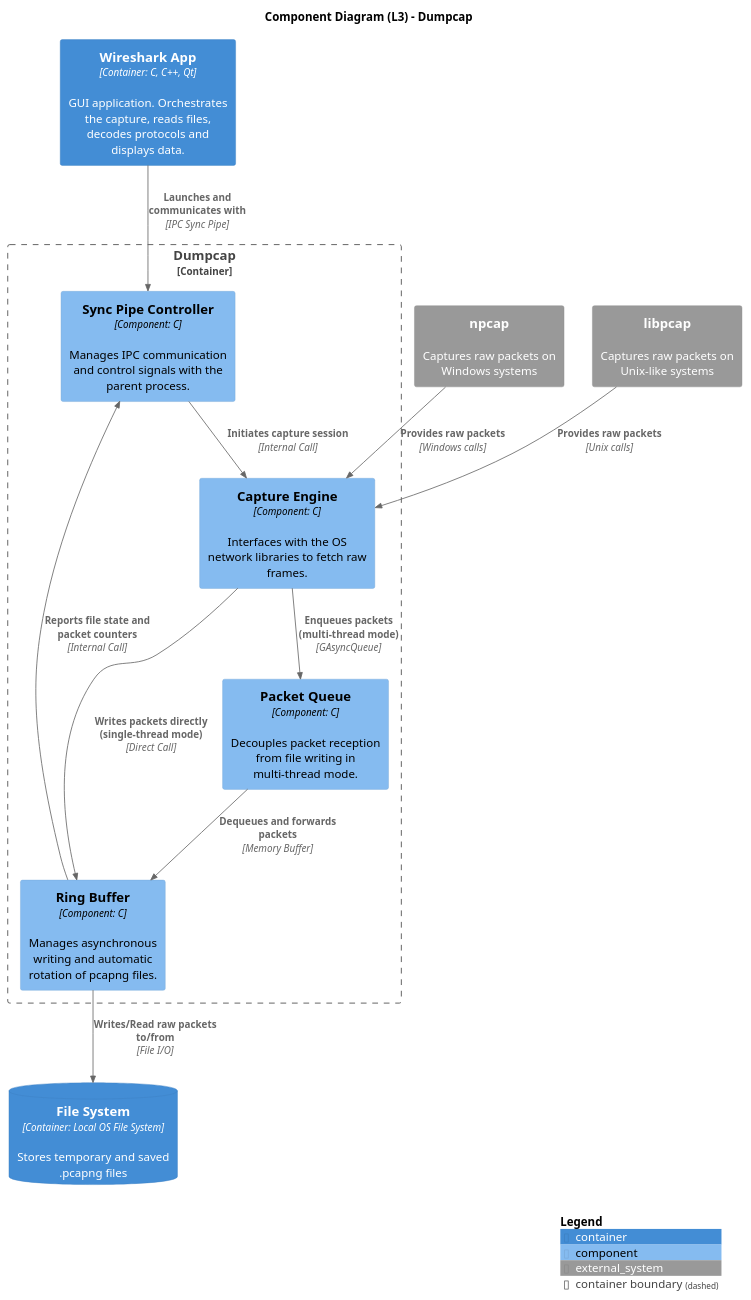
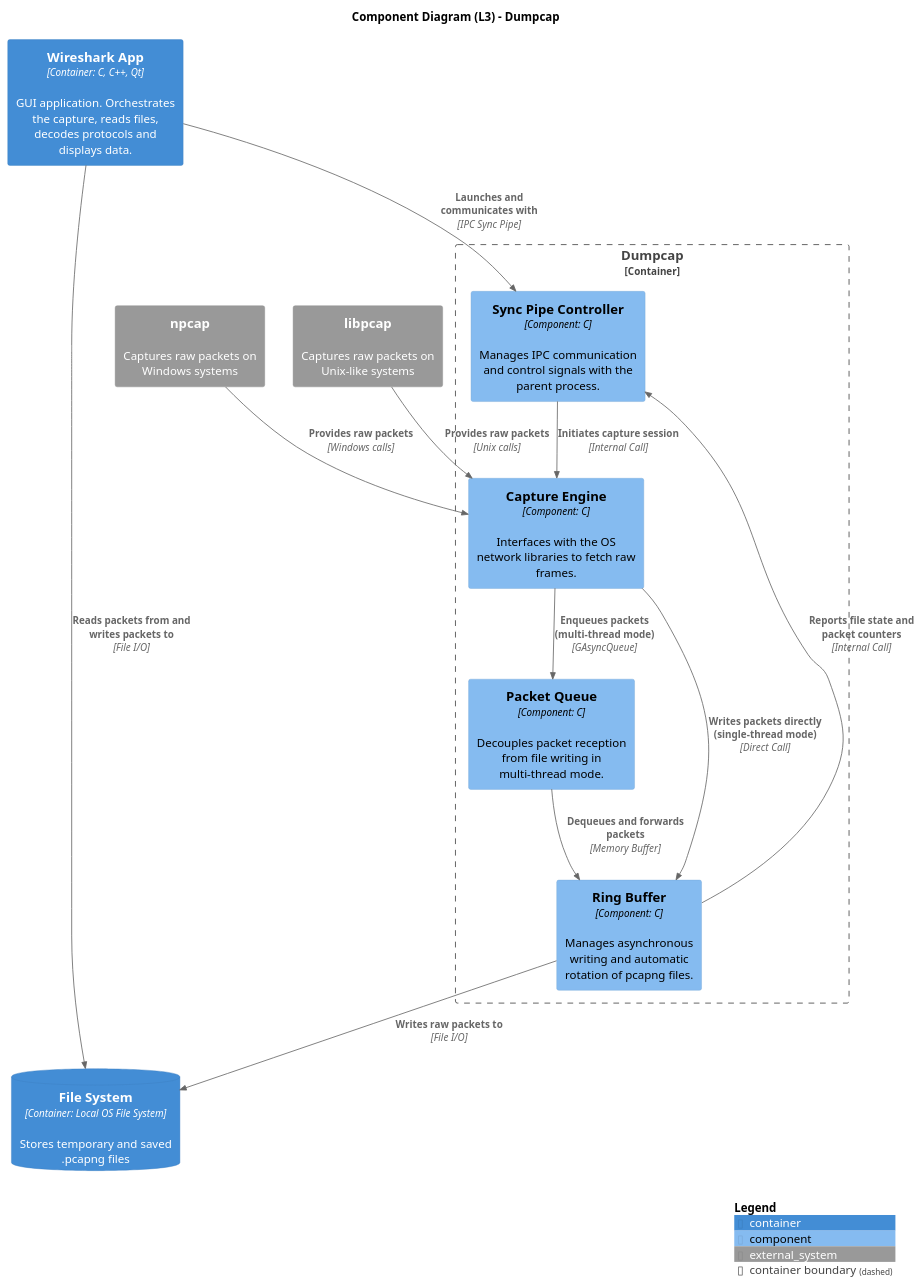
One commit to SDA-Team05/project-team05 changed the diagram in reports/architecture-diagrams/code/dumpcap_component_diagram.puml. Above: the diagram before and after it, drawn with PlantUML. The commit also changed 5 other files, not shown here.

Commit message:
updated Architecture report and diagrams

```diff
--- a/reports/architecture-diagrams/code/dumpcap_component_diagram.puml
+++ b/reports/architecture-diagrams/code/dumpcap_component_diagram.puml
@@ -1,33 +1,34 @@
 @startuml C4_Elements_L3
 !include https://raw.githubusercontent.com/plantuml-stdlib/C4-PlantUML/master/C4_Component.puml
 
 title Component Diagram (L3) - Dumpcap
 
 Container(wireshark, "Wireshark App", "Container: C, C++, Qt", "GUI application. Orchestrates the capture, reads files, decodes protocols and displays data.")
 ContainerDb(filesystem, "File System", "Container: Local OS File System", "Stores temporary and saved .pcapng files")
 System_Ext(npcap, "npcap", "Captures raw packets on Windows systems")
 System_Ext(libpcap, "libpcap", "Captures raw packets on Unix-like systems")
 
 Container_Boundary(dumpcap_res, "Dumpcap") {
 
     Component(sync_pipe, "Sync Pipe Controller", "Component: C", "Manages IPC communication and control signals with the parent process.")
 
     Component(cap_eng, "Capture Engine", "Component: C", "Interfaces with the OS network libraries to fetch raw frames.")
 
     Component(packet_queue, "Packet Queue", "Component: C", "Decouples packet reception from file writing in multi-thread mode.")
 
     Component(file_writer, "Ring Buffer", "Component: C", "Manages asynchronous writing and automatic rotation of pcapng files.")
 }
 
 Rel(wireshark, sync_pipe, "Launches and communicates with", "IPC Sync Pipe")
 Rel(sync_pipe, cap_eng, "Initiates capture session", "Internal Call")
 Rel(npcap, cap_eng, "Provides raw packets", "Windows calls")
 Rel(libpcap, cap_eng, "Provides raw packets", "Unix calls")
 Rel(cap_eng, packet_queue, "Enqueues packets (multi-thread mode)", "GAsyncQueue")
 Rel(packet_queue, file_writer, "Dequeues and forwards packets", "Memory Buffer")
 Rel(cap_eng, file_writer, "Writes packets directly (single-thread mode)", "Direct Call")
 Rel(file_writer, sync_pipe, "Reports file state and packet counters", "Internal Call")
-Rel(file_writer, filesystem, "Writes/Read raw packets to/from", "File I/O")
+Rel(file_writer, filesystem, "Writes raw packets to", "File I/O")
+Rel(wireshark, filesystem, "Reads packets from and writes packets to", "File I/O")
 
 SHOW_LEGEND()
 @enduml
```
